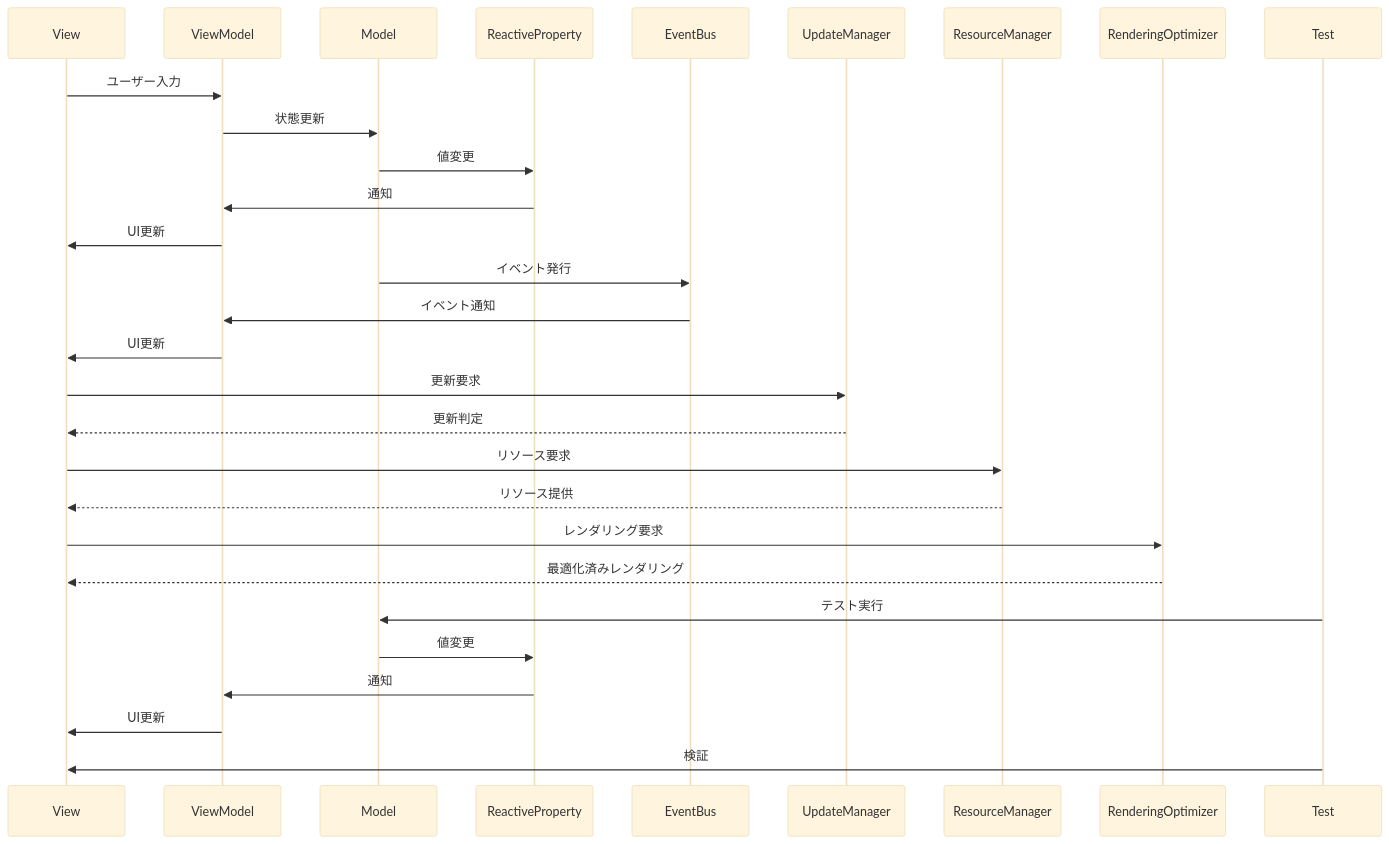
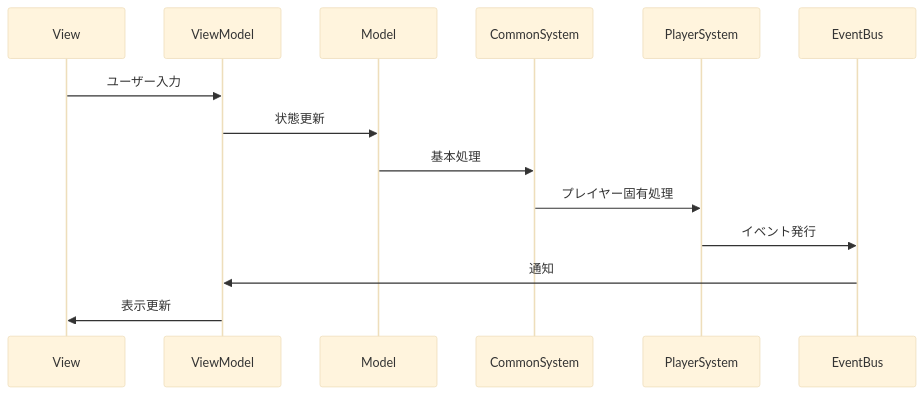
One commit to nel2116/GodotGame changed the second of 4 diagrams in Docs/10_CoreDocs/12_Architecture/12_03_detailed_design/00_architecture_overview.md. Above: the diagram before and after it, drawn with Mermaid (base theme). The commit also changed other lines of this file and 35 other files, not shown here.

````diff
--- a/Docs/10_CoreDocs/12_Architecture/12_03_detailed_design/00_architecture_overview.md
+++ b/Docs/10_CoreDocs/12_Architecture/12_03_detailed_design/00_architecture_overview.md
@@ -237,39 +277,18 @@
 ```mermaid
 sequenceDiagram
     participant V as View
     participant VM as ViewModel
     participant M as Model
-    participant RP as ReactiveProperty
+    participant CS as CommonSystem
+    participant PS as PlayerSystem
     participant EB as EventBus
-    participant UM as UpdateManager
-    participant RM as ResourceManager
-    participant RO as RenderingOptimizer
-    participant T as Test
 
     %% 通常の更新フロー
     V->>VM: ユーザー入力
     VM->>M: 状態更新
-    M->>RP: 値変更
-    RP->>VM: 通知
-    VM->>V: UI更新
-
-    %% イベント処理フロー
-    M->>EB: イベント発行
-    EB->>VM: イベント通知
-    VM->>V: UI更新
-
-    %% パフォーマンス最適化
-    V->>UM: 更新要求
-    UM-->>V: 更新判定
-    V->>RM: リソース要求
-    RM-->>V: リソース提供
-    V->>RO: レンダリング要求
-    RO-->>V: 最適化済みレンダリング
-
-    %% テストフロー
-    T->>M: テスト実行
-    M->>RP: 値変更
-    RP->>VM: 通知
-    VM->>V: UI更新
-    T->>V: 検証
+    M->>CS: 基本処理
+    CS->>PS: プレイヤー固有処理
+    PS->>EB: イベント発行
+    EB->>VM: 通知
+    VM->>V: 表示更新
 ```
````
